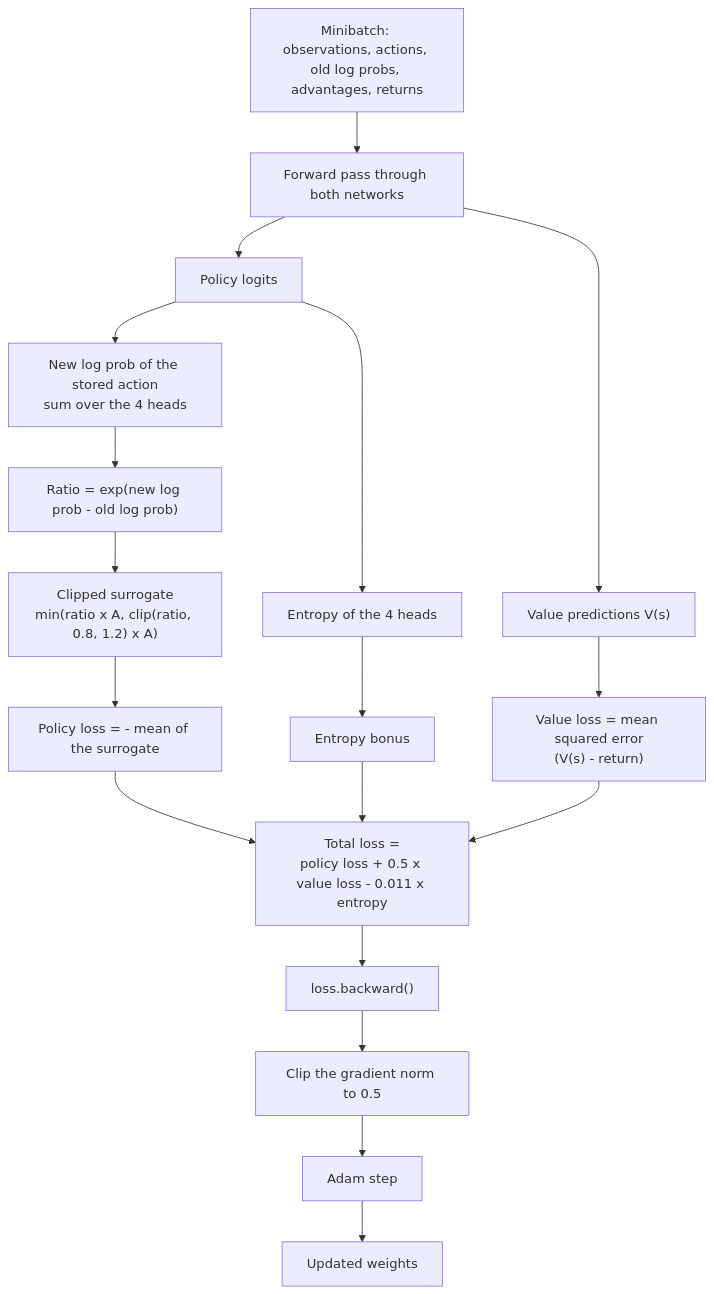
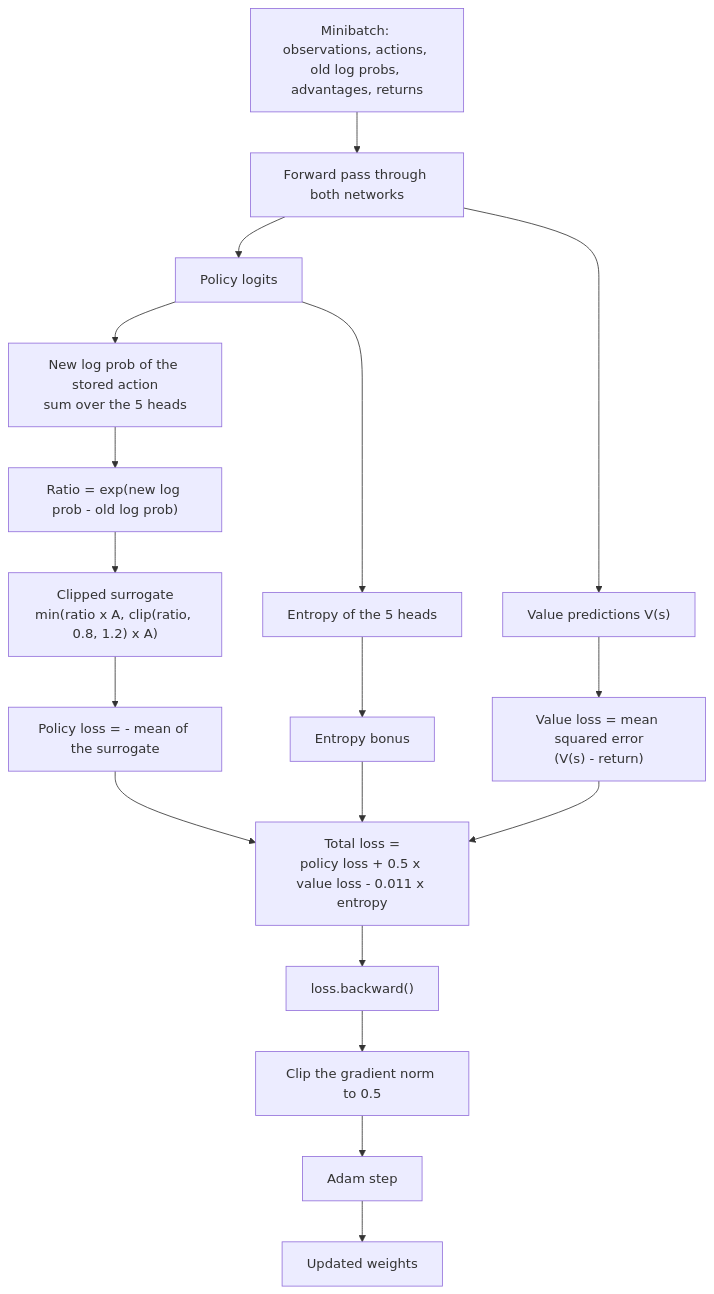
The fifth of 5 diagrams in docs/network.md (Martin-Jin/arena-rl), drawn with Mermaid before and after one commit. The commit also changed other lines of this file and 56 other files, not shown here.

````diff
--- a/docs/network.md
+++ b/docs/network.md
@@ -155,20 +158,20 @@
 ```mermaid
 flowchart TB
     B["Minibatch: observations, actions, old log probs, advantages, returns"] --> FWD["Forward pass through both networks"]
     FWD --> LG["Policy logits"]
     FWD --> VP["Value predictions V(s)"]
-    LG --> NLP["New log prob of the stored action<br/>sum over the 4 heads"]
-    LG --> ENT["Entropy of the 4 heads"]
+    LG --> NLP["New log prob of the stored action<br/>sum over the 5 heads"]
+    LG --> ENT["Entropy of the 5 heads"]
     NLP --> RATIO["Ratio = exp(new log prob - old log prob)"]
     RATIO --> CLIP["Clipped surrogate<br/>min(ratio x A, clip(ratio, 0.8, 1.2) x A)"]
     CLIP --> PL["Policy loss = - mean of the surrogate"]
     VP --> VL["Value loss = mean squared error<br/>(V(s) - return)"]
     ENT --> EB["Entropy bonus"]
     PL --> TOT["Total loss =<br/>policy loss + 0.5 x value loss - 0.011 x entropy"]
     VL --> TOT
     EB --> TOT
     TOT --> BP["loss.backward()"]
     BP --> GC["Clip the gradient norm to 0.5"]
     GC --> OPT["Adam step"]
     OPT --> W["Updated weights"]
 ```
````
